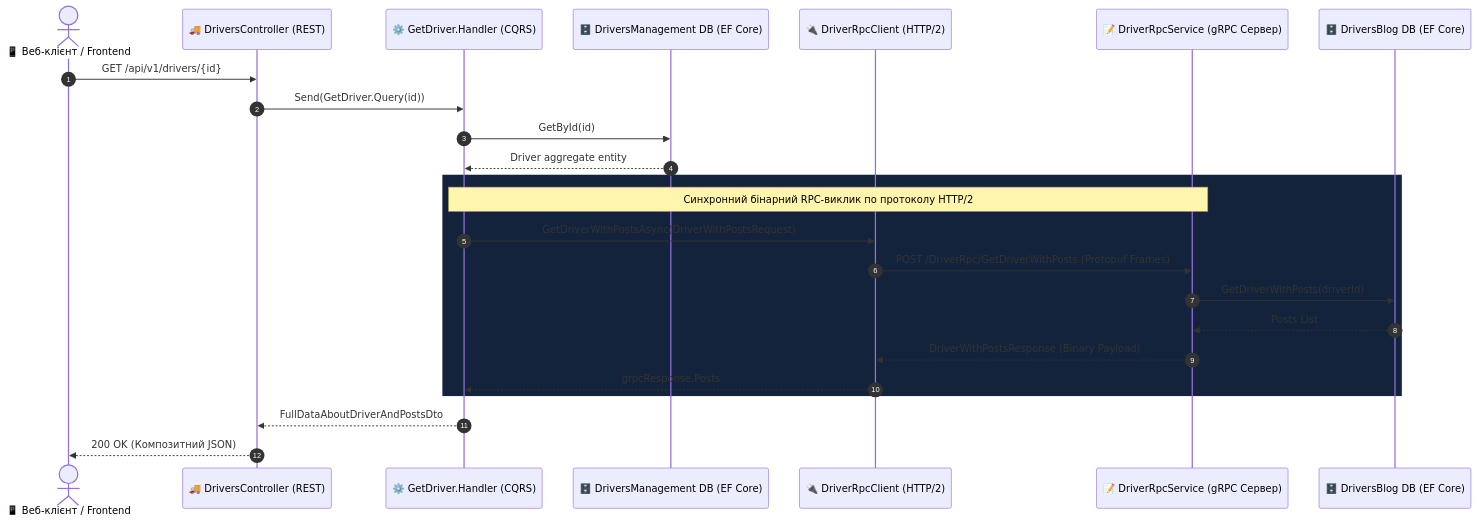
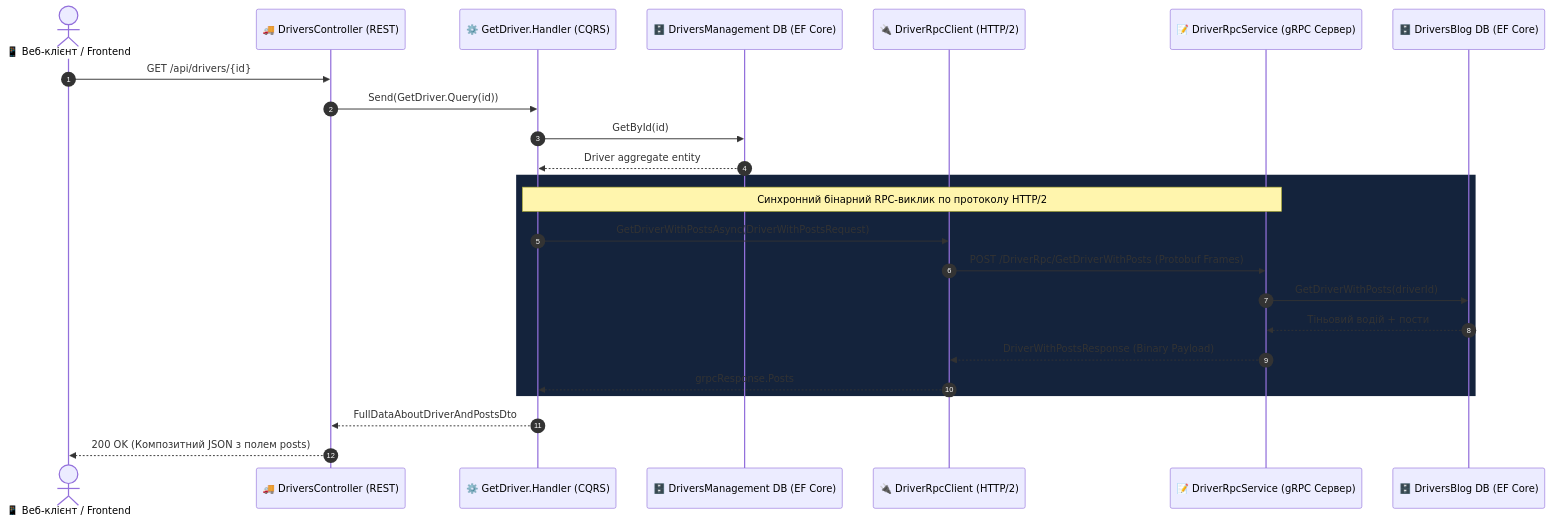
One commit to MrTomkaYurii/Demo-CargoDeliveryService changed the second of 3 diagrams in 02-Microservices-Craftsman/02-02-Communication-Documentation/03_Patterns_Synchronous_gRPC_Communication.md. Above: the diagram before and after it, drawn with Mermaid. The commit also changed other lines of this file and 227 other files, not shown here.

````diff
--- a/02-Microservices-Craftsman/02-02-Communication-Documentation/03_Patterns_Synchronous_gRPC_Communication.md
+++ b/02-Microservices-Craftsman/02-02-Communication-Documentation/03_Patterns_Synchronous_gRPC_Communication.md
@@ -71,33 +92,33 @@
 ```mermaid
 sequenceDiagram
     autonumber
     actor Client as 📱 Веб-клієнт / Frontend
     participant DM_API as 🚚 DriversController (REST)
     participant MediatR as ⚙️ GetDriver.Handler (CQRS)
     participant Local_DB as 🗄️ DriversManagement DB (EF Core)
     participant gRPC_Client as 🔌 DriverRpcClient (HTTP/2)
     participant Blog_Server as 📝 DriverRpcService (gRPC Сервер)
     participant Blog_DB as 🗄️ DriversBlog DB (EF Core)
 
-    Client->>DM_API: GET /api/v1/drivers/{id}
+    Client->>DM_API: GET /api/drivers/{id}
     DM_API->>MediatR: Send(GetDriver.Query(id))
     
     %% Локальне зчитування
     MediatR->>Local_DB: GetById(id)
     Local_DB-->>MediatR: Driver aggregate entity
 
     %% Віддалений gRPC дзвінок
     rect rgb(20, 35, 60)
         note over MediatR,Blog_Server: Синхронний бінарний RPC-виклик по протоколу HTTP/2
         MediatR->>gRPC_Client: GetDriverWithPostsAsync(DriverWithPostsRequest)
         gRPC_Client->>Blog_Server: POST /DriverRpc/GetDriverWithPosts (Protobuf Frames)
         Blog_Server->>Blog_DB: GetDriverWithPosts(driverId)
-        Blog_DB-->>Blog_Server: Posts List
+        Blog_DB-->>Blog_Server: Тіньовий водій + пости
         Blog_Server-->>gRPC_Client: DriverWithPostsResponse (Binary Payload)
         gRPC_Client-->>MediatR: grpcResponse.Posts
     end
 
     %% Відповідь клієнту
     MediatR-->>DM_API: FullDataAboutDriverAndPostsDto
-    DM_API-->>Client: 200 OK (Композитний JSON)
+    DM_API-->>Client: 200 OK (Композитний JSON з полем posts)
 ```
````
